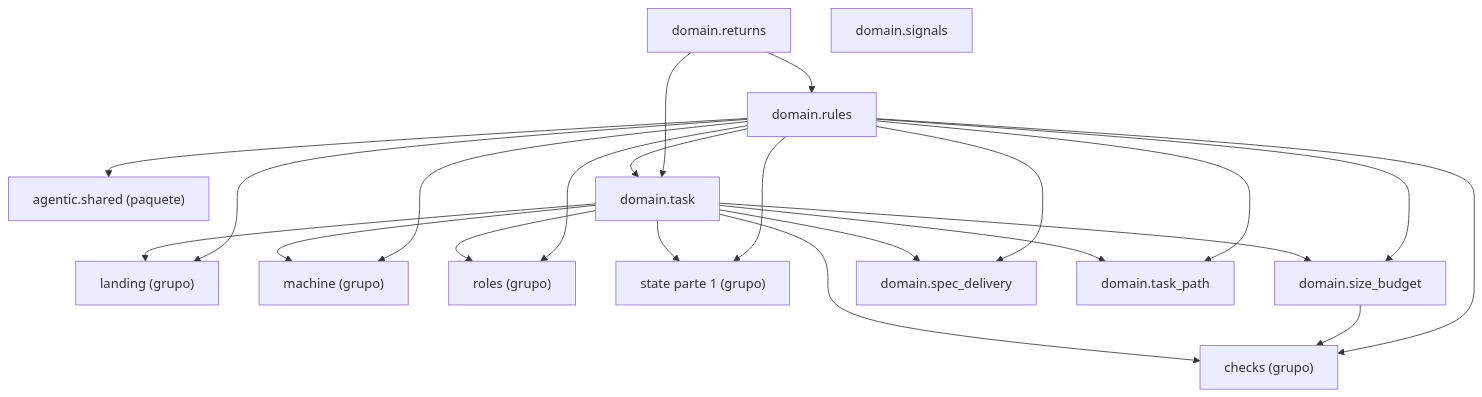
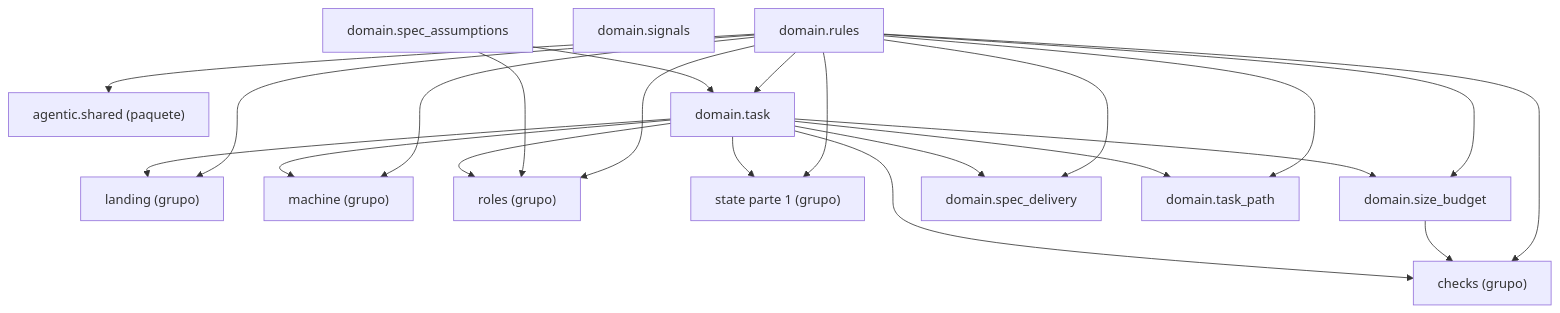
The diagram in docs/architecture/generated/packages-process-domain-state-2.md (GonzaloZevallos/agentic-system), drawn with Mermaid before and after one commit. The commit also changed 7 other files, not shown here.

First line of the commit message:
Register spec_assumptions in the docs clusters and the golden fixture in the affected-tests table

````diff
--- a/docs/architecture/generated/packages-process-domain-state-2.md
+++ b/docs/architecture/generated/packages-process-domain-state-2.md
@@ -12,37 +12,37 @@
 ```mermaid
 graph TD
     g_domain__checks["checks (grupo)"]
     g_domain__landing["landing (grupo)"]
     g_domain__machine["machine (grupo)"]
     g_domain__roles["roles (grupo)"]
     g_domain__state__1["state parte 1 (grupo)"]
     g_pkg__agentic__shared["agentic.shared (paquete)"]
-    m_domain__returns["domain.returns"]
     m_domain__rules["domain.rules"]
     m_domain__signals["domain.signals"]
     m_domain__size_budget["domain.size_budget"]
+    m_domain__spec_assumptions["domain.spec_assumptions"]
     m_domain__spec_delivery["domain.spec_delivery"]
     m_domain__task["domain.task"]
     m_domain__task_path["domain.task_path"]
-    m_domain__returns --> m_domain__rules
-    m_domain__returns --> m_domain__task
     m_domain__rules --> g_domain__checks
     m_domain__rules --> g_domain__landing
     m_domain__rules --> g_domain__machine
     m_domain__rules --> g_domain__roles
     m_domain__rules --> g_domain__state__1
     m_domain__rules --> g_pkg__agentic__shared
     m_domain__rules --> m_domain__size_budget
     m_domain__rules --> m_domain__spec_delivery
     m_domain__rules --> m_domain__task
     m_domain__rules --> m_domain__task_path
     m_domain__size_budget --> g_domain__checks
+    m_domain__spec_assumptions --> g_domain__roles
+    m_domain__spec_assumptions --> m_domain__task
     m_domain__task --> g_domain__checks
     m_domain__task --> g_domain__landing
     m_domain__task --> g_domain__machine
     m_domain__task --> g_domain__roles
     m_domain__task --> g_domain__state__1
     m_domain__task --> m_domain__size_budget
     m_domain__task --> m_domain__spec_delivery
     m_domain__task --> m_domain__task_path
 ```
````
